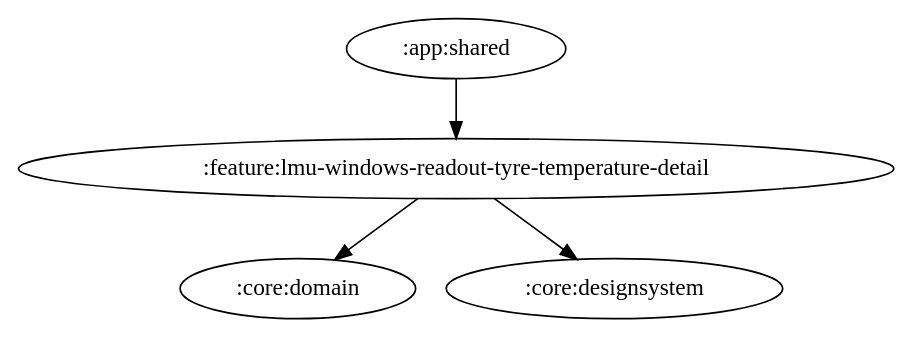
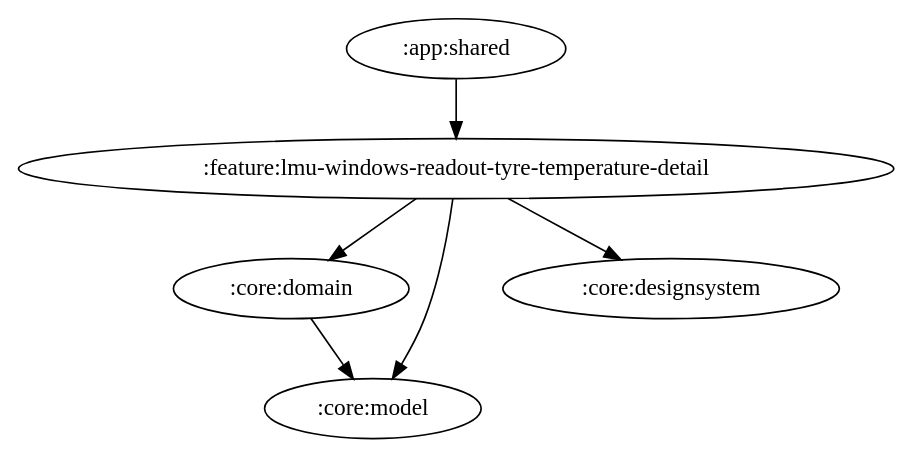
The diagram in docs/graphs/feature-lmu-windows-readout-tyre-temperature-detail.gv (ai-kurou/KoDriver), drawn with Graphviz before and after one commit. The commit also changed 63 other files, not shown here.

Commit message:
chore: update module graph images

```diff
--- a/docs/graphs/feature-lmu-windows-readout-tyre-temperature-detail.gv
+++ b/docs/graphs/feature-lmu-windows-readout-tyre-temperature-detail.gv
@@ -1,6 +1,8 @@
 digraph G {
   rankdir=TB
   ":app:shared" -> ":feature:lmu-windows-readout-tyre-temperature-detail"
+  ":core:domain" -> ":core:model"
   ":feature:lmu-windows-readout-tyre-temperature-detail" -> ":core:domain"
+  ":feature:lmu-windows-readout-tyre-temperature-detail" -> ":core:model"
   ":feature:lmu-windows-readout-tyre-temperature-detail" -> ":core:designsystem"
 }
```
